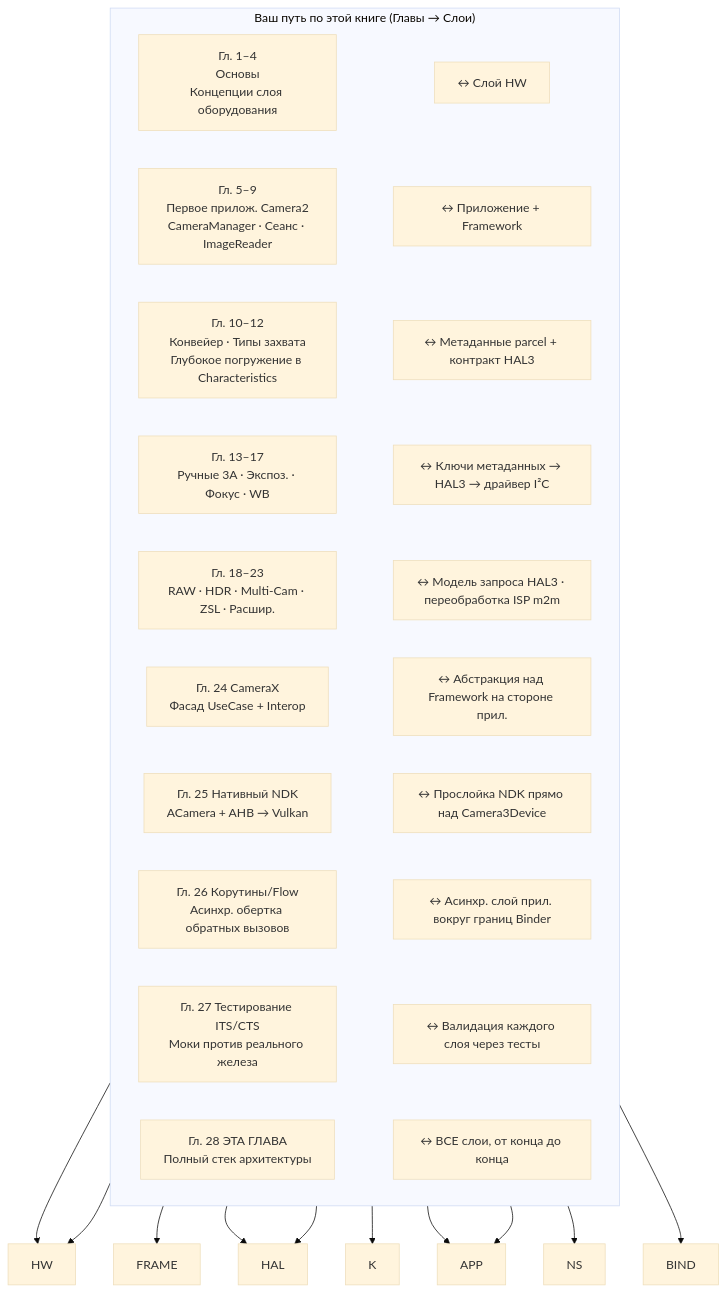
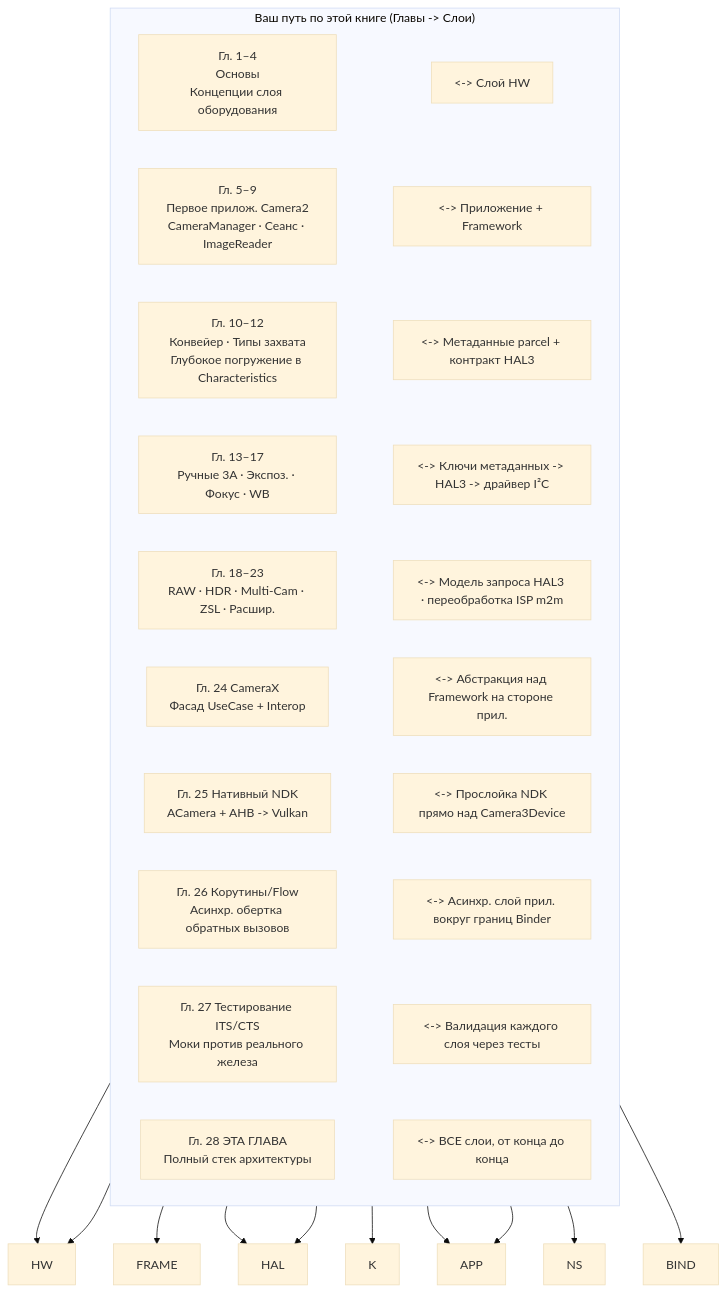
Before and after one commit to zoozooll/AndroidCameraParameters: the fourth of 4 diagrams in website/i18n/ru/docusaurus-plugin-content-docs/current/camera2/camera2-architecture.md, drawn with Mermaid (base theme). The commit also changed other lines of this file and 77 other files, not shown here.

First line of the commit message:
docs: standardize Mermaid syntax and polish 3A pipeline translations

````diff
--- a/website/i18n/ru/docusaurus-plugin-content-docs/current/camera2/camera2-architecture.md
+++ b/website/i18n/ru/docusaurus-plugin-content-docs/current/camera2/camera2-architecture.md
@@ -276,26 +276,26 @@
 ```mermaid
 flowchart TB
-    subgraph Journey["Ваш путь по этой книге (Главы → Слои)"]
+    subgraph Journey["Ваш путь по этой книге (Главы -> Слои)"]
         direction LR
-        C1["Гл. 1–4<br/>Основы<br/>Концепции слоя оборудования"] ~~~ H_L1["↔ Слой HW"]
-        C2["Гл. 5–9<br/>Первое прилож. Camera2<br/>CameraManager · Сеанс · ImageReader"] ~~~ H_L2["↔ Приложение + Framework"]
-        C3["Гл. 10–12<br/>Конвейер · Типы захвата<br/>Глубокое погружение в Characteristics"] ~~~ H_L3["↔ Метаданные parcel + контракт HAL3"]
-        C4["Гл. 13–17<br/>Ручные 3A · Экспоз. · Фокус · WB"] ~~~ H_L4["↔ Ключи метаданных → HAL3 → драйвер I²C"]
-        C5["Гл. 18–23<br/>RAW · HDR · Multi-Cam · ZSL · Расшир."] ~~~ H_L5["↔ Модель запроса HAL3 · переобработка ISP m2m"]
-        C6["Гл. 24 CameraX<br/>Фасад UseCase + Interop"] ~~~ H_L6["↔ Абстракция над Framework на стороне прил."]
-        C7["Гл. 25 Нативный NDK<br/>ACamera + AHB → Vulkan"] ~~~ H_L7["↔ Прослойка NDK прямо над Camera3Device"]
-        C8["Гл. 26 Корутины/Flow<br/>Асинхр. обертка обратных вызовов"] ~~~ H_L8["↔ Асинхр. слой прил. вокруг границ Binder"]
-        C9["Гл. 27 Тестирование ITS/CTS<br/>Моки против реального железа"] ~~~ H_L9["↔ Валидация каждого слоя через тесты"]
-        C10["Гл. 28 ЭТА ГЛАВА<br/>Полный стек архитектуры"] ~~~ H_L10["↔ ВСЕ слои, от конца до конца"]
+        C1["Гл. 1–4<br/>Основы<br/>Концепции слоя оборудования"] ~~~ H_L1["<-> Слой HW"]
+        C2["Гл. 5–9<br/>Первое прилож. Camera2<br/>CameraManager · Сеанс · ImageReader"] ~~~ H_L2["<-> Приложение + Framework"]
+        C3["Гл. 10–12<br/>Конвейер · Типы захвата<br/>Глубокое погружение в Characteristics"] ~~~ H_L3["<-> Метаданные parcel + контракт HAL3"]
+        C4["Гл. 13–17<br/>Ручные 3A · Экспоз. · Фокус · WB"] ~~~ H_L4["<-> Ключи метаданных -> HAL3 -> драйвер I²C"]
+        C5["Гл. 18–23<br/>RAW · HDR · Multi-Cam · ZSL · Расшир."] ~~~ H_L5["<-> Модель запроса HAL3 · переобработка ISP m2m"]
+        C6["Гл. 24 CameraX<br/>Фасад UseCase + Interop"] ~~~ H_L6["<-> Абстракция над Framework на стороне прил."]
+        C7["Гл. 25 Нативный NDK<br/>ACamera + AHB -> Vulkan"] ~~~ H_L7["<-> Прослойка NDK прямо над Camera3Device"]
+        C8["Гл. 26 Корутины/Flow<br/>Асинхр. обертка обратных вызовов"] ~~~ H_L8["<-> Асинхр. слой прил. вокруг границ Binder"]
+        C9["Гл. 27 Тестирование ITS/CTS<br/>Моки против реального железа"] ~~~ H_L9["<-> Валидация каждого слоя через тесты"]
+        C10["Гл. 28 ЭТА ГЛАВА<br/>Полный стек архитектуры"] ~~~ H_L10["<-> ВСЕ слои, от конца до конца"]
     end
     H_L1 --> HW
     H_L2 --> FRAME
     H_L3 --> HAL
     H_L4 --> K
     H_L5 --> HAL
     H_L6 --> APP
     H_L7 --> NS
     H_L8 --> APP
     H_L9 --> BIND
     H_L10 --> HW
 ```
````
